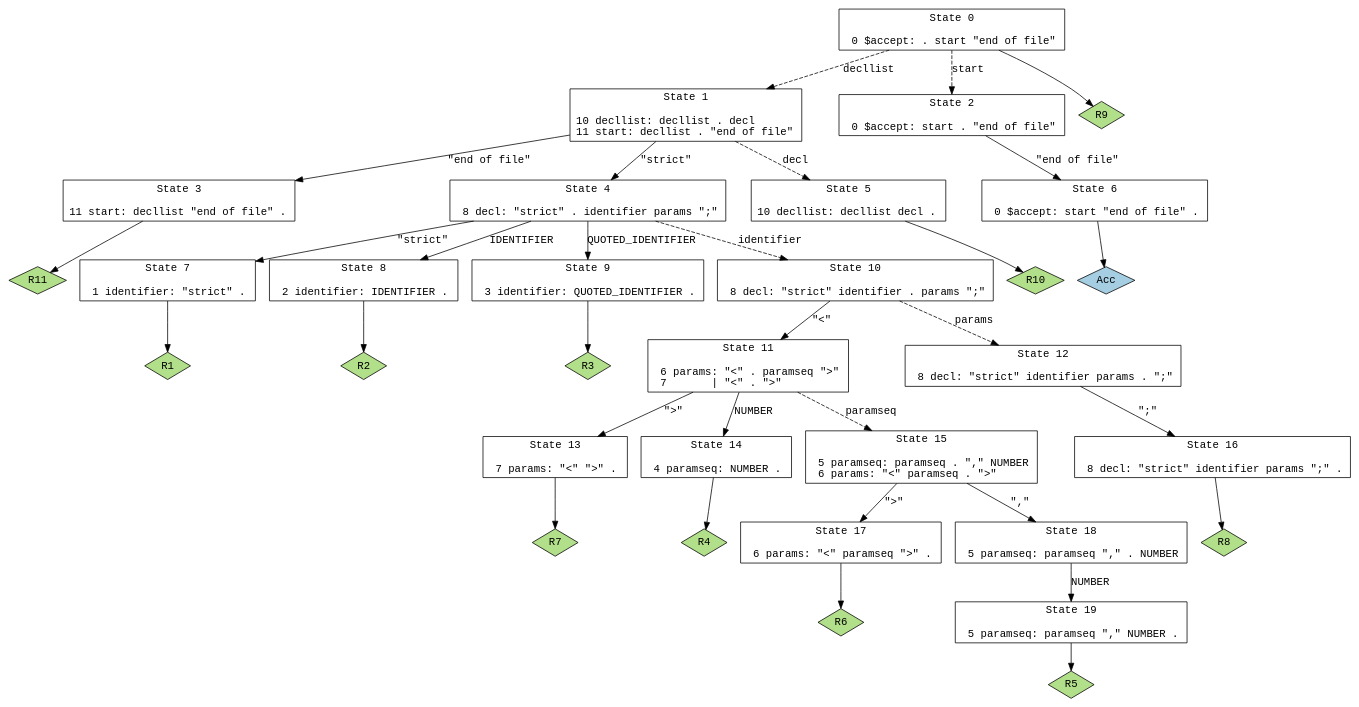
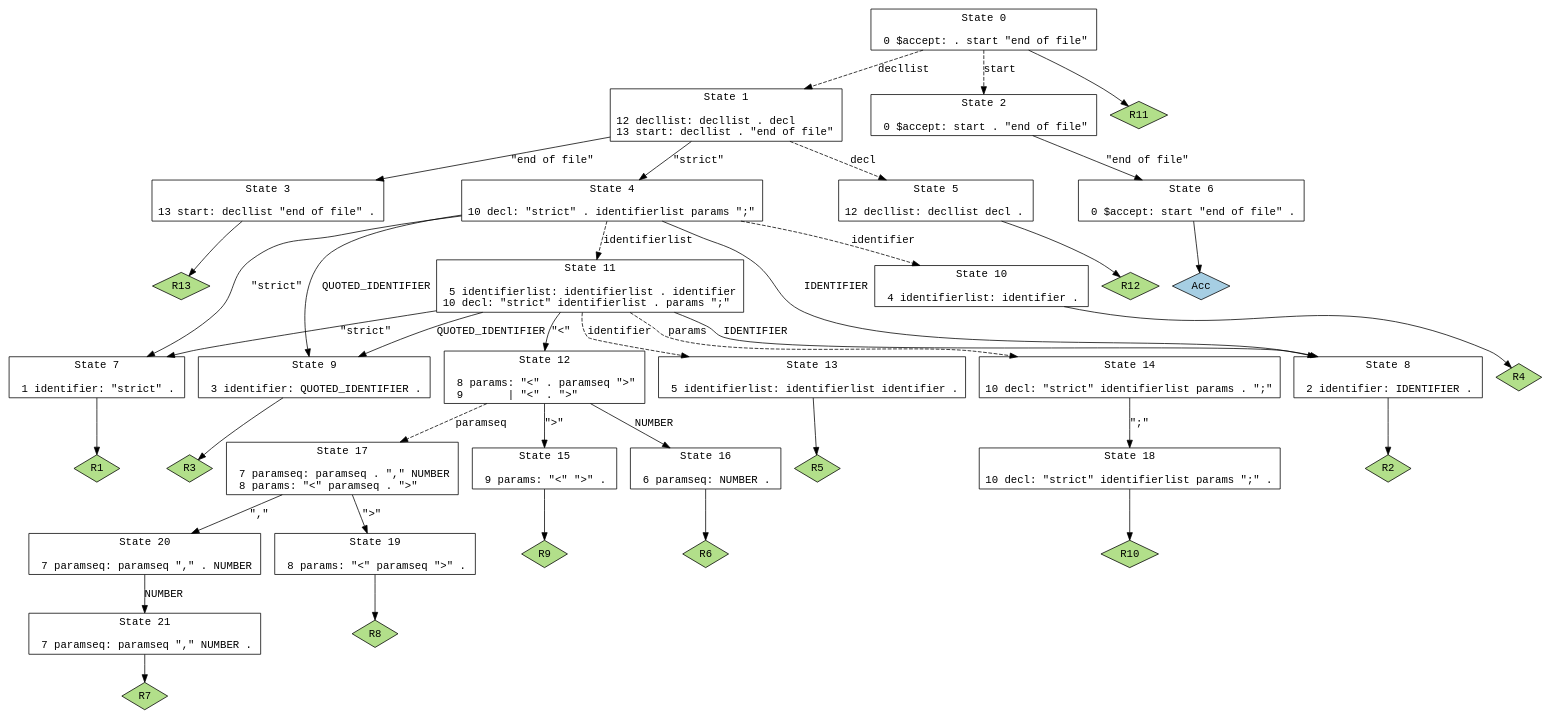
One commit to aviralg/strictr changed the diagram in inst/grammar/Parser.gv. Above: the diagram before and after it, drawn with Graphviz. The commit also changed 17 other files, not shown here.

```diff
--- a/inst/grammar/Parser.gv
+++ b/inst/grammar/Parser.gv
@@ -1,73 +1,84 @@
 // Generated by GNU Bison 3.3.2.
 // Report bugs to <bug-bison@gnu.org>.
 // Home page: <http://www.gnu.org/software/bison/>.
 
 digraph "Parser.yxx"
 {
   node [fontname = courier, shape = box, colorscheme = paired6]
   edge [fontname = courier]
 
   0 [label="State 0\n\l  0 $accept: . start \"end of file\"\l"]
   0 -> 1 [style=dashed label="decllist"]
   0 -> 2 [style=dashed label="start"]
-  0 -> "0R9" [style=solid]
- "0R9" [label="R9", fillcolor=3, shape=diamond, style=filled]
-  1 [label="State 1\n\l 10 decllist: decllist . decl\l 11 start: decllist . \"end of file\"\l"]
+  0 -> "0R11" [style=solid]
+ "0R11" [label="R11", fillcolor=3, shape=diamond, style=filled]
+  1 [label="State 1\n\l 12 decllist: decllist . decl\l 13 start: decllist . \"end of file\"\l"]
   1 -> 3 [style=solid label="\"end of file\""]
   1 -> 4 [style=solid label="\"strict\""]
   1 -> 5 [style=dashed label="decl"]
   2 [label="State 2\n\l  0 $accept: start . \"end of file\"\l"]
   2 -> 6 [style=solid label="\"end of file\""]
-  3 [label="State 3\n\l 11 start: decllist \"end of file\" .\l"]
-  3 -> "3R11" [style=solid]
- "3R11" [label="R11", fillcolor=3, shape=diamond, style=filled]
-  4 [label="State 4\n\l  8 decl: \"strict\" . identifier params \";\"\l"]
+  3 [label="State 3\n\l 13 start: decllist \"end of file\" .\l"]
+  3 -> "3R13" [style=solid]
+ "3R13" [label="R13", fillcolor=3, shape=diamond, style=filled]
+  4 [label="State 4\n\l 10 decl: \"strict\" . identifierlist params \";\"\l"]
   4 -> 7 [style=solid label="\"strict\""]
   4 -> 8 [style=solid label="IDENTIFIER"]
   4 -> 9 [style=solid label="QUOTED_IDENTIFIER"]
   4 -> 10 [style=dashed label="identifier"]
-  5 [label="State 5\n\l 10 decllist: decllist decl .\l"]
-  5 -> "5R10" [style=solid]
- "5R10" [label="R10", fillcolor=3, shape=diamond, style=filled]
+  4 -> 11 [style=dashed label="identifierlist"]
+  5 [label="State 5\n\l 12 decllist: decllist decl .\l"]
+  5 -> "5R12" [style=solid]
+ "5R12" [label="R12", fillcolor=3, shape=diamond, style=filled]
   6 [label="State 6\n\l  0 $accept: start \"end of file\" .\l"]
   6 -> "6R0" [style=solid]
  "6R0" [label="Acc", fillcolor=1, shape=diamond, style=filled]
   7 [label="State 7\n\l  1 identifier: \"strict\" .\l"]
   7 -> "7R1" [style=solid]
  "7R1" [label="R1", fillcolor=3, shape=diamond, style=filled]
   8 [label="State 8\n\l  2 identifier: IDENTIFIER .\l"]
   8 -> "8R2" [style=solid]
  "8R2" [label="R2", fillcolor=3, shape=diamond, style=filled]
   9 [label="State 9\n\l  3 identifier: QUOTED_IDENTIFIER .\l"]
   9 -> "9R3" [style=solid]
  "9R3" [label="R3", fillcolor=3, shape=diamond, style=filled]
-  10 [label="State 10\n\l  8 decl: \"strict\" identifier . params \";\"\l"]
-  10 -> 11 [style=solid label="\"<\""]
-  10 -> 12 [style=dashed label="params"]
-  11 [label="State 11\n\l  6 params: \"<\" . paramseq \">\"\l  7       | \"<\" . \">\"\l"]
-  11 -> 13 [style=solid label="\">\""]
-  11 -> 14 [style=solid label="NUMBER"]
-  11 -> 15 [style=dashed label="paramseq"]
-  12 [label="State 12\n\l  8 decl: \"strict\" identifier params . \";\"\l"]
-  12 -> 16 [style=solid label="\";\""]
-  13 [label="State 13\n\l  7 params: \"<\" \">\" .\l"]
-  13 -> "13R7" [style=solid]
- "13R7" [label="R7", fillcolor=3, shape=diamond, style=filled]
-  14 [label="State 14\n\l  4 paramseq: NUMBER .\l"]
-  14 -> "14R4" [style=solid]
- "14R4" [label="R4", fillcolor=3, shape=diamond, style=filled]
-  15 [label="State 15\n\l  5 paramseq: paramseq . \",\" NUMBER\l  6 params: \"<\" paramseq . \">\"\l"]
-  15 -> 17 [style=solid label="\">\""]
-  15 -> 18 [style=solid label="\",\""]
-  16 [label="State 16\n\l  8 decl: \"strict\" identifier params \";\" .\l"]
-  16 -> "16R8" [style=solid]
- "16R8" [label="R8", fillcolor=3, shape=diamond, style=filled]
-  17 [label="State 17\n\l  6 params: \"<\" paramseq \">\" .\l"]
-  17 -> "17R6" [style=solid]
- "17R6" [label="R6", fillcolor=3, shape=diamond, style=filled]
-  18 [label="State 18\n\l  5 paramseq: paramseq \",\" . NUMBER\l"]
-  18 -> 19 [style=solid label="NUMBER"]
-  19 [label="State 19\n\l  5 paramseq: paramseq \",\" NUMBER .\l"]
-  19 -> "19R5" [style=solid]
- "19R5" [label="R5", fillcolor=3, shape=diamond, style=filled]
+  10 [label="State 10\n\l  4 identifierlist: identifier .\l"]
+  10 -> "10R4" [style=solid]
+ "10R4" [label="R4", fillcolor=3, shape=diamond, style=filled]
+  11 [label="State 11\n\l  5 identifierlist: identifierlist . identifier\l 10 decl: \"strict\" identifierlist . params \";\"\l"]
+  11 -> 12 [style=solid label="\"<\""]
+  11 -> 7 [style=solid label="\"strict\""]
+  11 -> 8 [style=solid label="IDENTIFIER"]
+  11 -> 9 [style=solid label="QUOTED_IDENTIFIER"]
+  11 -> 13 [style=dashed label="identifier"]
+  11 -> 14 [style=dashed label="params"]
+  12 [label="State 12\n\l  8 params: \"<\" . paramseq \">\"\l  9       | \"<\" . \">\"\l"]
+  12 -> 15 [style=solid label="\">\""]
+  12 -> 16 [style=solid label="NUMBER"]
+  12 -> 17 [style=dashed label="paramseq"]
+  13 [label="State 13\n\l  5 identifierlist: identifierlist identifier .\l"]
+  13 -> "13R5" [style=solid]
+ "13R5" [label="R5", fillcolor=3, shape=diamond, style=filled]
+  14 [label="State 14\n\l 10 decl: \"strict\" identifierlist params . \";\"\l"]
+  14 -> 18 [style=solid label="\";\""]
+  15 [label="State 15\n\l  9 params: \"<\" \">\" .\l"]
+  15 -> "15R9" [style=solid]
+ "15R9" [label="R9", fillcolor=3, shape=diamond, style=filled]
+  16 [label="State 16\n\l  6 paramseq: NUMBER .\l"]
+  16 -> "16R6" [style=solid]
+ "16R6" [label="R6", fillcolor=3, shape=diamond, style=filled]
+  17 [label="State 17\n\l  7 paramseq: paramseq . \",\" NUMBER\l  8 params: \"<\" paramseq . \">\"\l"]
+  17 -> 19 [style=solid label="\">\""]
+  17 -> 20 [style=solid label="\",\""]
+  18 [label="State 18\n\l 10 decl: \"strict\" identifierlist params \";\" .\l"]
+  18 -> "18R10" [style=solid]
+ "18R10" [label="R10", fillcolor=3, shape=diamond, style=filled]
+  19 [label="State 19\n\l  8 params: \"<\" paramseq \">\" .\l"]
+  19 -> "19R8" [style=solid]
+ "19R8" [label="R8", fillcolor=3, shape=diamond, style=filled]
+  20 [label="State 20\n\l  7 paramseq: paramseq \",\" . NUMBER\l"]
+  20 -> 21 [style=solid label="NUMBER"]
+  21 [label="State 21\n\l  7 paramseq: paramseq \",\" NUMBER .\l"]
+  21 -> "21R7" [style=solid]
+ "21R7" [label="R7", fillcolor=3, shape=diamond, style=filled]
 }
```
